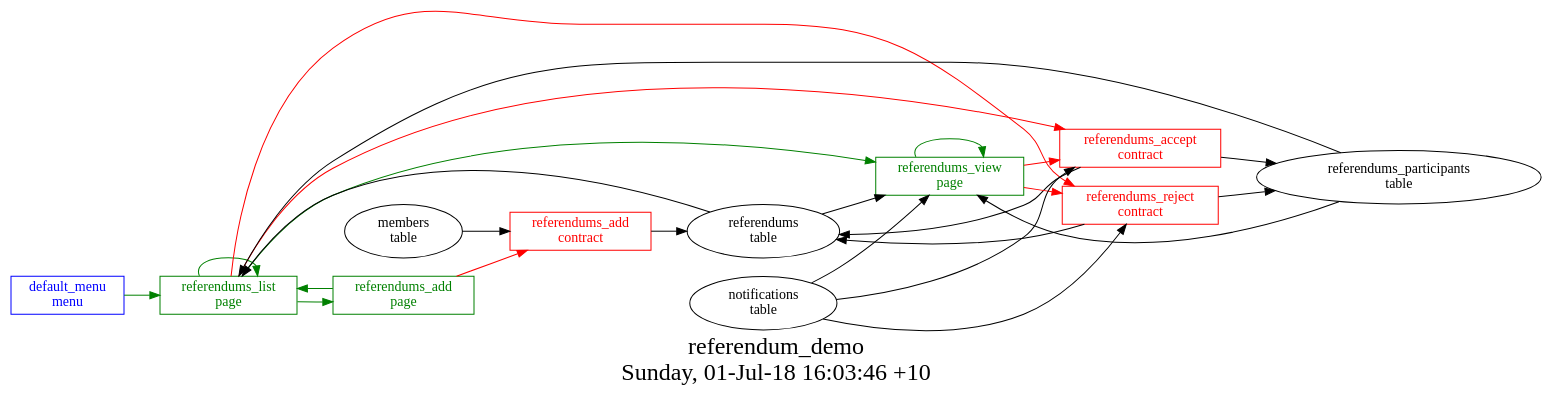
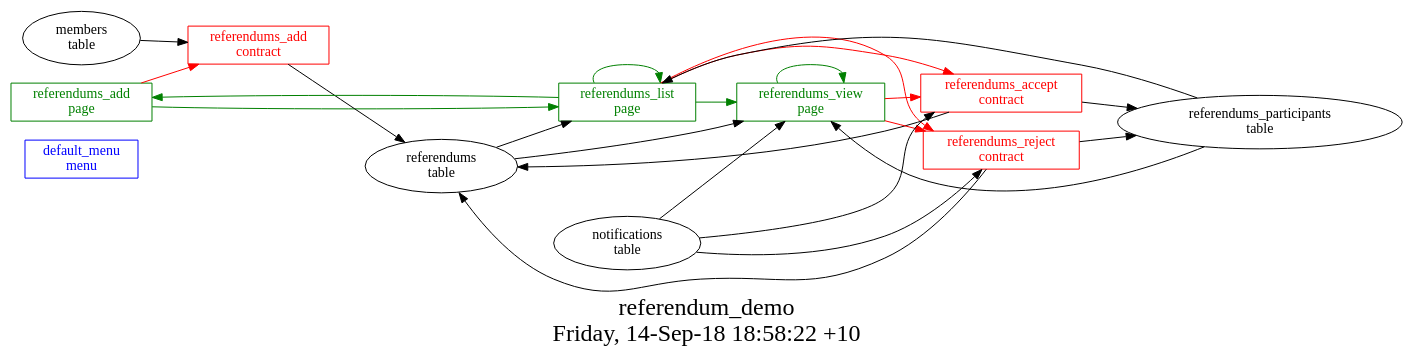
Before and after one commit to AplaProject/apps: the diagram in quick-start-apps/referendum_demo/struct.dot, drawn with Graphviz. The commit also changed 11 other files, not shown here.

```diff
--- a/quick-start-apps/referendum_demo/struct.dot
+++ b/quick-start-apps/referendum_demo/struct.dot
@@ -1,41 +1,40 @@
 digraph G {
 fontsize="24";
-label="referendum_demo\nSunday, 01-Jul-18 16:03:46 +10";
+label="referendum_demo\nFriday, 14-Sep-18 18:58:22 +10";
 nojustify=true;
 ordering=out;
 rankdir=LR;
 size="30";
-"default_menu\nmenu" -> "referendums_list\npage"  [ color=green ]
 "default_menu\nmenu" [color=blue, fontcolor=blue, group=menus, shape=record];
 "referendums_add\npage" -> "referendums_add\ncontract"  [ color=red ]
 "referendums_add\npage" -> "referendums_list\npage"  [ color=green ]
 "referendums_add\npage" [color=green, fontcolor=green, group=pages, shape=record];
 "referendums_list\npage" -> "referendums_reject\ncontract"  [ color=red ]
 "referendums_list\npage" -> "referendums_accept\ncontract"  [ color=red ]
 "referendums\ntable" -> "referendums_list\npage"
 "referendums_participants\ntable" -> "referendums_list\npage"
 "referendums_list\npage" -> "referendums_view\npage"  [ color=green ]
 "referendums_list\npage" -> "referendums_list\npage"  [ color=green ]
 "referendums_list\npage" -> "referendums_add\npage"  [ color=green ]
 "referendums_list\npage" [color=green, fontcolor=green, group=pages, shape=record];
 "referendums_view\npage" -> "referendums_accept\ncontract"  [ color=red ]
 "referendums_view\npage" -> "referendums_reject\ncontract"  [ color=red ]
 "notifications\ntable" -> "referendums_view\npage"
 "referendums\ntable" -> "referendums_view\npage"
 "referendums_participants\ntable" -> "referendums_view\npage"
 "referendums_view\npage" -> "referendums_view\npage"  [ color=green ]
 "referendums_view\npage" [color=green, fontcolor=green, group=pages, shape=record];
 "referendums_accept\ncontract" -> "referendums\ntable"  [ color="" ]
 "referendums_accept\ncontract" -> "referendums_participants\ntable"  [ color="" ]
 "notifications\ntable" -> "referendums_accept\ncontract"
 "referendums_accept\ncontract" [color=red, fontcolor=red, group=contracts, shape=record];
 "referendums_add\ncontract" -> "referendums\ntable"  [ color="" ]
 "members\ntable" -> "referendums_add\ncontract"
 "referendums_add\ncontract" [color=red, fontcolor=red, group=contracts, shape=record];
 "referendums_reject\ncontract" -> "referendums\ntable"  [ color="" ]
 "referendums_reject\ncontract" -> "referendums_participants\ntable"  [ color="" ]
 "notifications\ntable" -> "referendums_reject\ncontract"
 "referendums_reject\ncontract" [color=red, fontcolor=red, group=contracts, shape=record];
 "referendums\ntable" [color="", fontcolor="", group=tables, shape=""];
 "referendums_participants\ntable" [color="", fontcolor="", group=tables, shape=""];
 }
```
